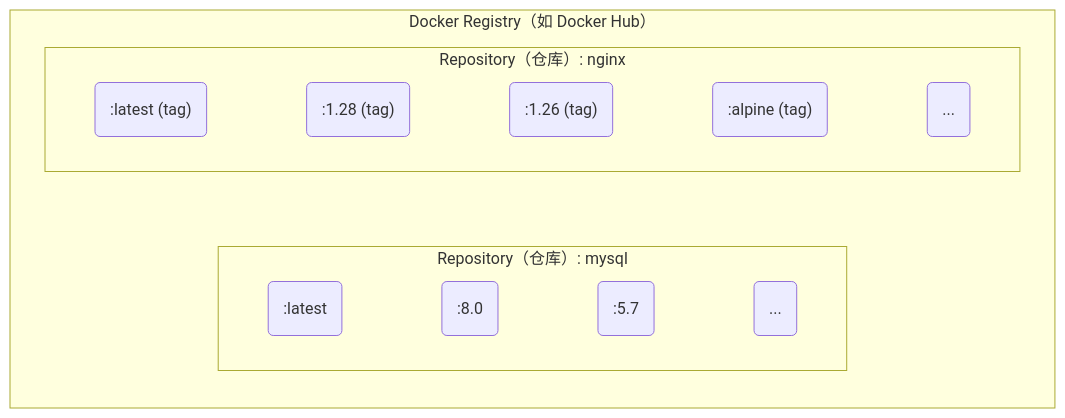
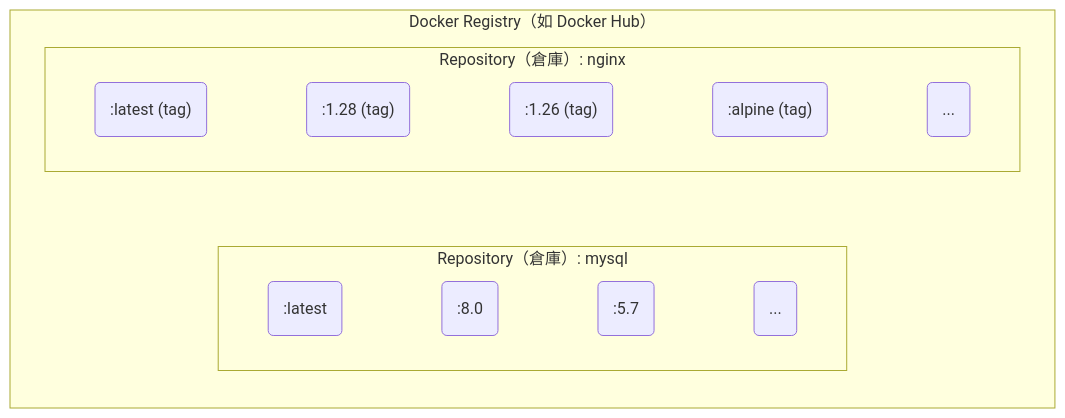
The diagram in 02_basic_concept/2.3_repository.md (alexkuoecity/docker-practice-master-zh-tw), drawn with Mermaid before and after one commit. The commit also changed other lines of this file and 200 other files, not shown here.

````diff
--- a/02_basic_concept/2.3_repository.md
+++ b/02_basic_concept/2.3_repository.md
@@ -21,24 +21,24 @@
 ```mermaid
 flowchart TB
     subgraph Registry ["Docker Registry（如 Docker Hub）"]
         direction TB
-        subgraph RepoNginx ["Repository（仓库）: nginx"]
+        subgraph RepoNginx ["Repository（倉庫）: nginx"]
             direction LR
             N1(":latest (tag)")
             N2(":1.28 (tag)")
             N3(":1.26 (tag)")
             N4(":alpine (tag)")
             N5("...")
             N1 ~~~ N2 ~~~ N3 ~~~ N4 ~~~ N5
         end
-        subgraph RepoMysql ["Repository（仓库）: mysql"]
+        subgraph RepoMysql ["Repository（倉庫）: mysql"]
             direction LR
             M1(":latest")
             M2(":8.0")
             M3(":5.7")
             M4("...")
             M1 ~~~ M2 ~~~ M3 ~~~ M4
         end
         RepoNginx ~~~ RepoMysql
     end
 ```
````
